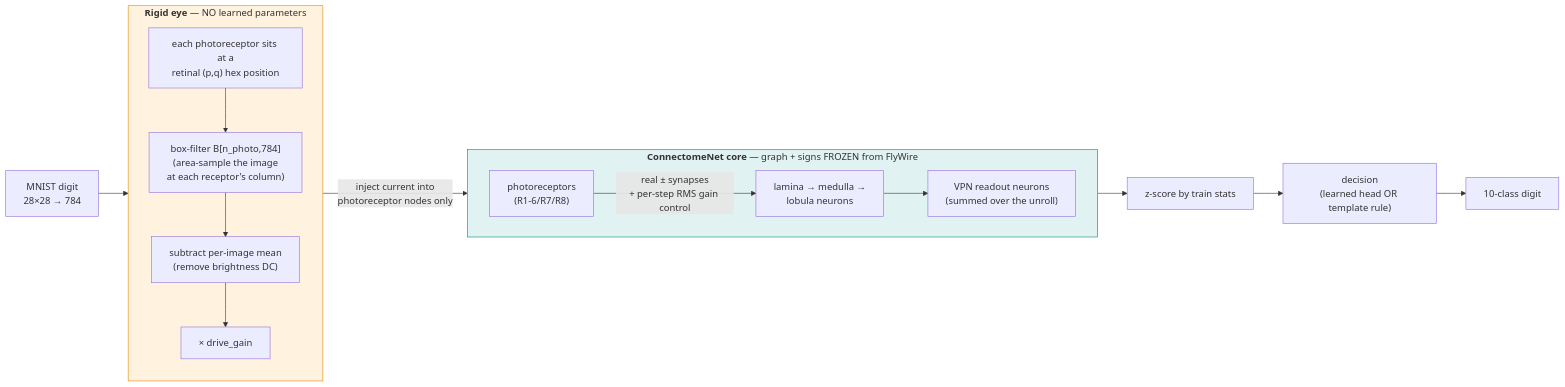
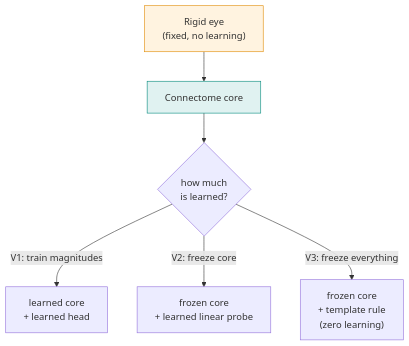
The sixth of 6 diagrams in 3 - Modeling/MODELS.md (Mabdel-03/Drosophila-Connectomics---Deep-Learning), drawn with Mermaid before and after one commit. The commit also changed other lines of this file and 2 other files, not shown here.

````diff
--- a/3 - Modeling/MODELS.md
+++ b/3 - Modeling/MODELS.md
@@ -230,18 +323,10 @@
 ```mermaid
-flowchart LR
-    IMG["MNIST digit<br/>28×28 → 784"] --> EYE
-    subgraph EYE["<b>Rigid eye</b> — NO learned parameters"]
-      direction TB
-      RET["each photoreceptor sits at a<br/>retinal (p,q) hex position"] --> BOX["box-filter B[n_photo,784]<br/>(area-sample the image<br/>at each receptor's column)"]
-      BOX --> DC["subtract per-image mean<br/>(remove brightness DC)"] --> GAIN["× drive_gain"]
-    end
-    EYE -->|"inject current into<br/>photoreceptor nodes only"| CORE
-    subgraph CORE["<b>ConnectomeNet core</b> — graph + signs FROZEN from FlyWire"]
-      direction LR
-      P["photoreceptors<br/>(R1-6/R7/R8)"] -->|"real ± synapses<br/>+ per-step RMS gain control"| REST["lamina → medulla →<br/>lobula neurons"]
-      REST --> RO["VPN readout neurons<br/>(summed over the unroll)"]
-    end
-    RO --> Z["z-score by train stats"] --> HEAD["decision<br/>(learned head OR template rule)"] --> OUT["10-class digit"]
+flowchart TD
+    EYE["Rigid eye<br/>(fixed, no learning)"] --> CORE
+    CORE["Connectome core"] --> SPLIT{"how much<br/>is learned?"}
+    SPLIT -->|"V1: train magnitudes"| V1["learned core<br/>+ learned head"]
+    SPLIT -->|"V2: freeze core"| V2["frozen core<br/>+ learned linear probe"]
+    SPLIT -->|"V3: freeze everything"| V3["frozen core<br/>+ template rule<br/>(zero learning)"]
     style EYE fill:#fff3e0,stroke:#e08a00
     style CORE fill:#e0f2f1,stroke:#00897b
 ```
````
